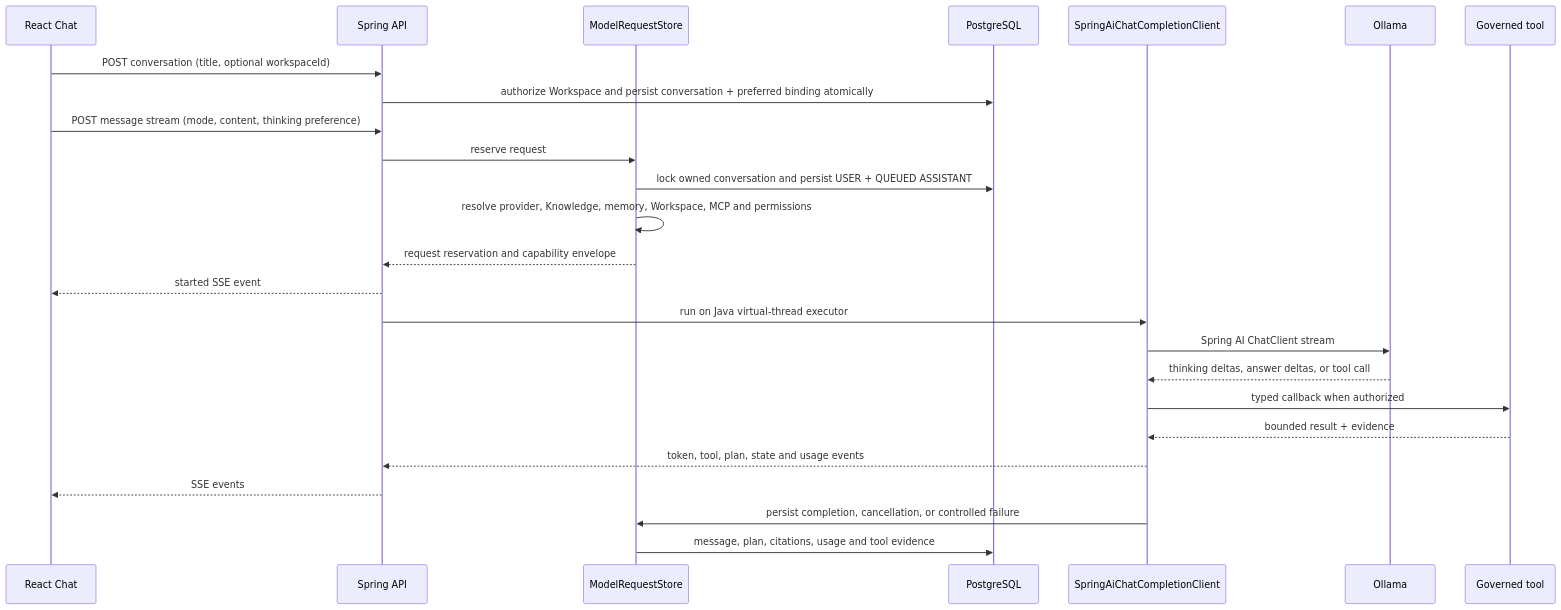
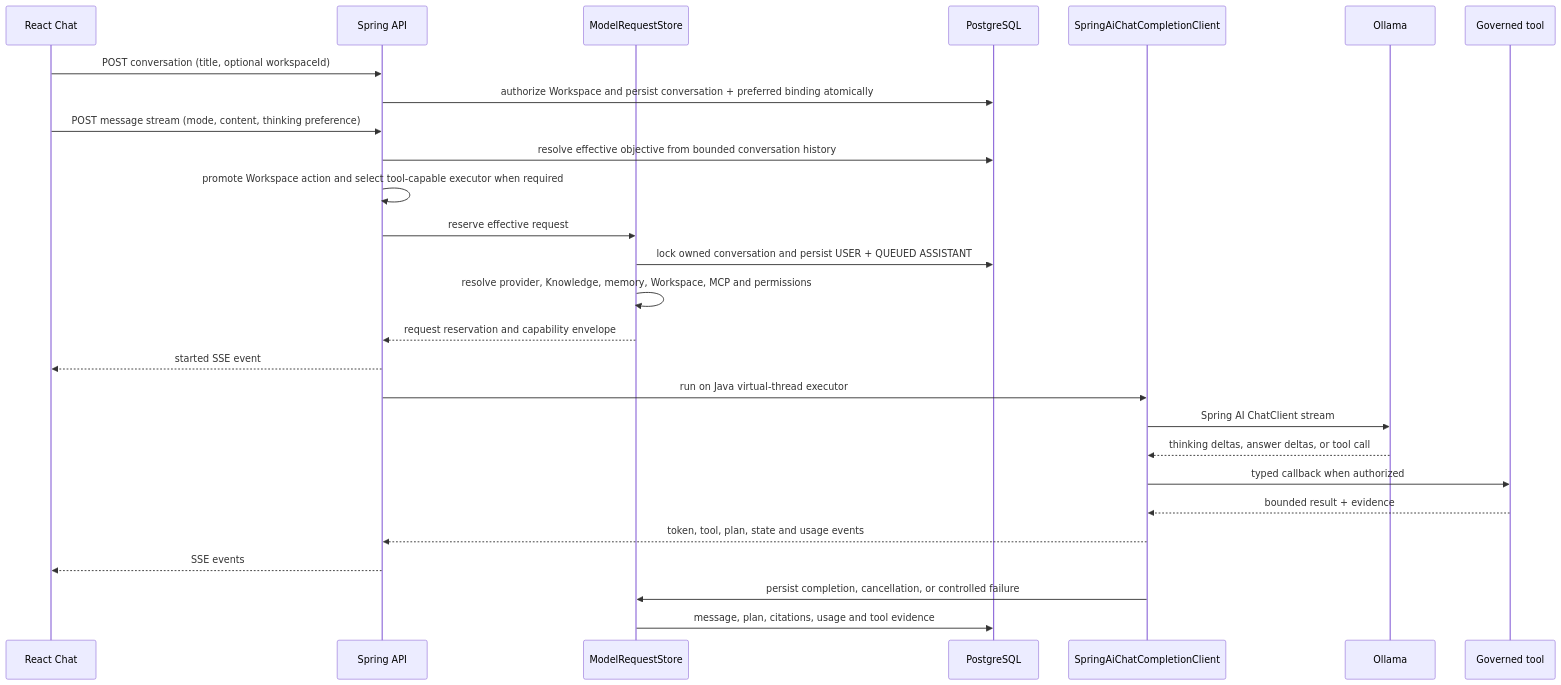
One commit to SamuckqaDev/nexo-ia changed the fourth of 7 diagrams in docs/ARCHITECTURE_OVERVIEW.md. Above: the diagram before and after it, drawn with Mermaid. The commit also changed other lines of this file and 18 other files, not shown here.

````diff
--- a/docs/ARCHITECTURE_OVERVIEW.md
+++ b/docs/ARCHITECTURE_OVERVIEW.md
@@ -254,28 +254,30 @@
 ```mermaid
 sequenceDiagram
   participant UI as React Chat
   participant API as Spring API
   participant Store as ModelRequestStore
   participant DB as PostgreSQL
   participant AI as SpringAiChatCompletionClient
   participant Model as Ollama
   participant Tool as Governed tool
 
   UI->>API: POST conversation (title, optional workspaceId)
   API->>DB: authorize Workspace and persist conversation + preferred binding atomically
   UI->>API: POST message stream (mode, content, thinking preference)
-  API->>Store: reserve request
+  API->>DB: resolve effective objective from bounded conversation history
+  API->>API: promote Workspace action and select tool-capable executor when required
+  API->>Store: reserve effective request
   Store->>DB: lock owned conversation and persist USER + QUEUED ASSISTANT
   Store->>Store: resolve provider, Knowledge, memory, Workspace, MCP and permissions
   Store-->>API: request reservation and capability envelope
   API-->>UI: started SSE event
   API->>AI: run on Java virtual-thread executor
   AI->>Model: Spring AI ChatClient stream
   Model-->>AI: thinking deltas, answer deltas, or tool call
   AI->>Tool: typed callback when authorized
   Tool-->>AI: bounded result + evidence
   AI-->>API: token, tool, plan, state and usage events
   API-->>UI: SSE events
   AI->>Store: persist completion, cancellation, or controlled failure
   Store->>DB: message, plan, citations, usage and tool evidence
 ```
````
